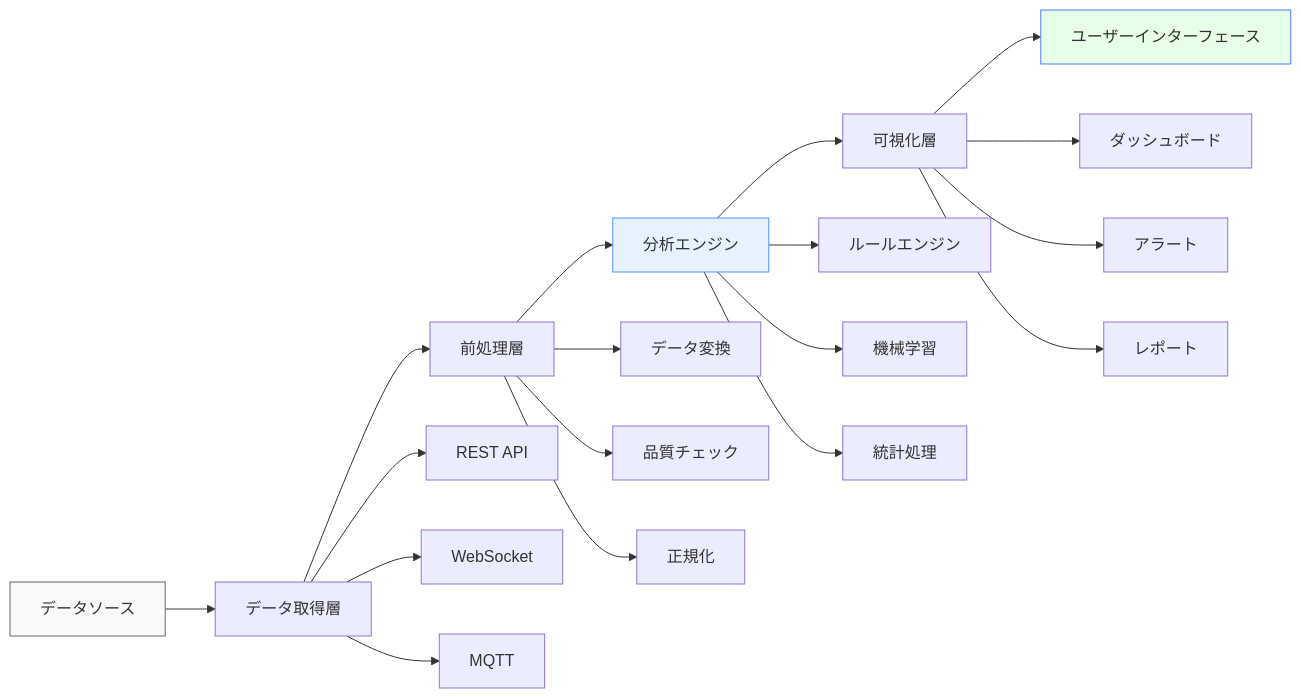
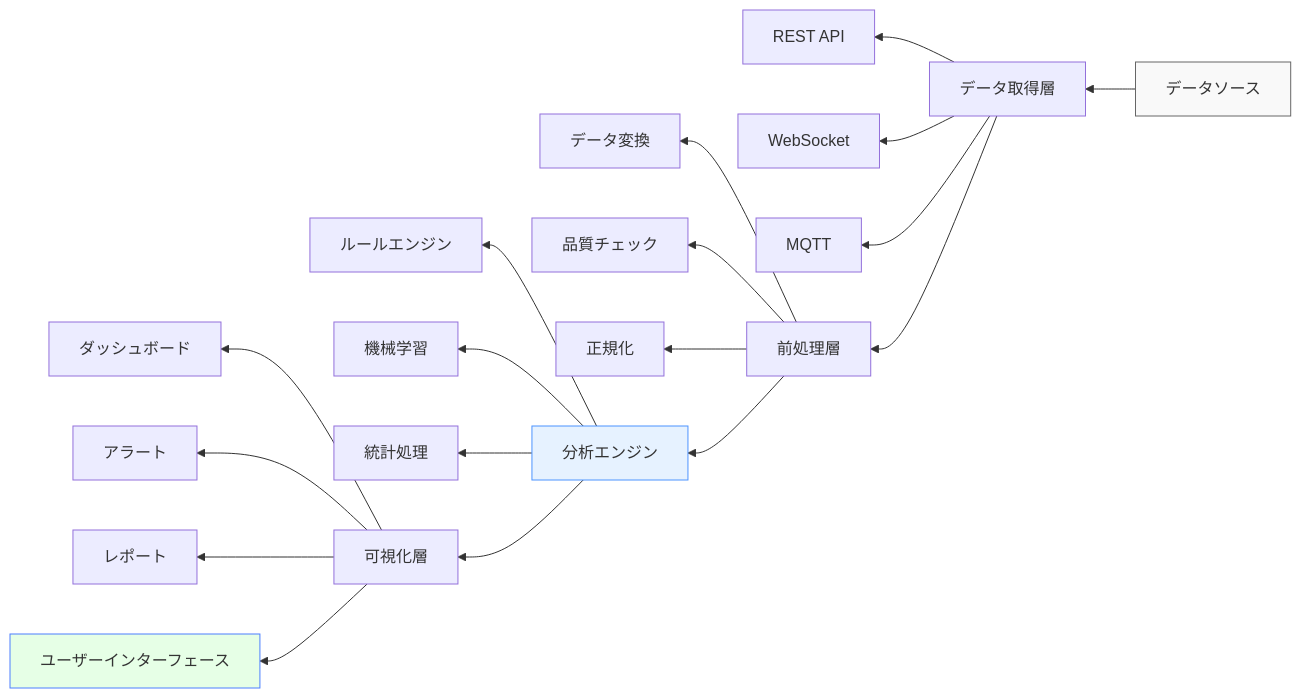
The second of 3 diagrams in docs/software/index.md (shuji-bonji/Situational-Awareness-and-Decision-Making), drawn with Mermaid before and after one commit. The commit also changed other lines of this file and 51 other files, not shown here.

````diff
--- a/docs/software/index.md
+++ b/docs/software/index.md
@@ -129,28 +132,29 @@
 ```mermaid
-graph LR
+graph RL
     A[データソース] --> B[データ取得層]
-    B --> C[前処理層]
-    C --> D[分析エンジン]
-    D --> E[可視化層]
-    E --> F[ユーザーインターフェース]
     
     B --> B1[REST API]
     B --> B2[WebSocket]
     B --> B3[MQTT]
     
     C --> C1[データ変換]
     C --> C2[品質チェック]
     C --> C3[正規化]
     
     D --> D1[ルールエンジン]
     D --> D2[機械学習]
     D --> D3[統計処理]
     
     E --> E1[ダッシュボード]
     E --> E2[アラート]
     E --> E3[レポート]
-    
+
+    B --> C[前処理層]
+    C --> D[分析エンジン]
+    D --> E[可視化層]
+    E --> F[ユーザーインターフェース]
+
     style A fill:#f9f9f9,stroke:#666
     style D fill:#e6f2ff,stroke:#4d94ff
     style F fill:#e6ffe6,stroke:#4d7fff
 ```
````
